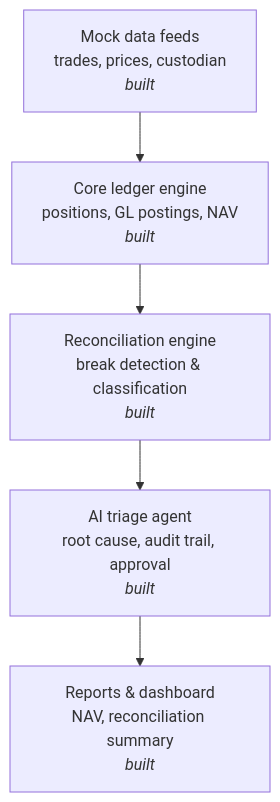
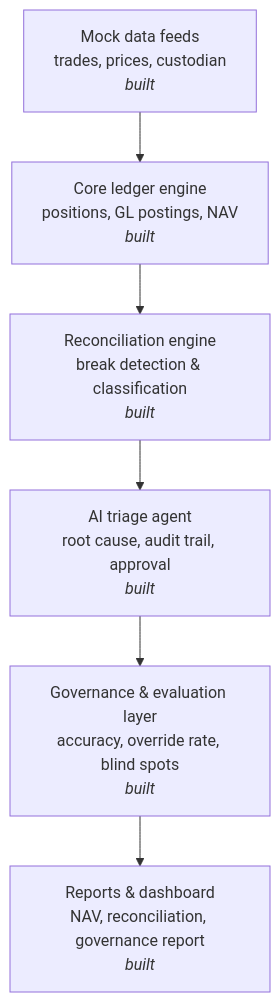
Before and after one commit to yuschajp/ledger-engine: the first of 2 diagrams in README.md, drawn with Mermaid. The commit also changed other lines of this file and 4 other files, not shown here.

Commit message:
Add triage agent governance and evaluation layer with accuracy/override metrics

````diff
--- a/README.md
+++ b/README.md
@@ -11,7 +11,8 @@
 ```mermaid
 flowchart TD
     A[Mock data feeds<br/>trades, prices, custodian<br/><i>built</i>] --> B[Core ledger engine<br/>positions, GL postings, NAV<br/><i>built</i>]
     B --> C[Reconciliation engine<br/>break detection & classification<br/><i>built</i>]
     C --> D[AI triage agent<br/>root cause, audit trail, approval<br/><i>built</i>]
-    D --> E[Reports & dashboard<br/>NAV, reconciliation summary<br/><i>built</i>]
+    D --> E[Governance & evaluation layer<br/>accuracy, override rate, blind spots<br/><i>built</i>]
+    E --> F[Reports & dashboard<br/>NAV, reconciliation, governance report<br/><i>built</i>]
 ```
````
